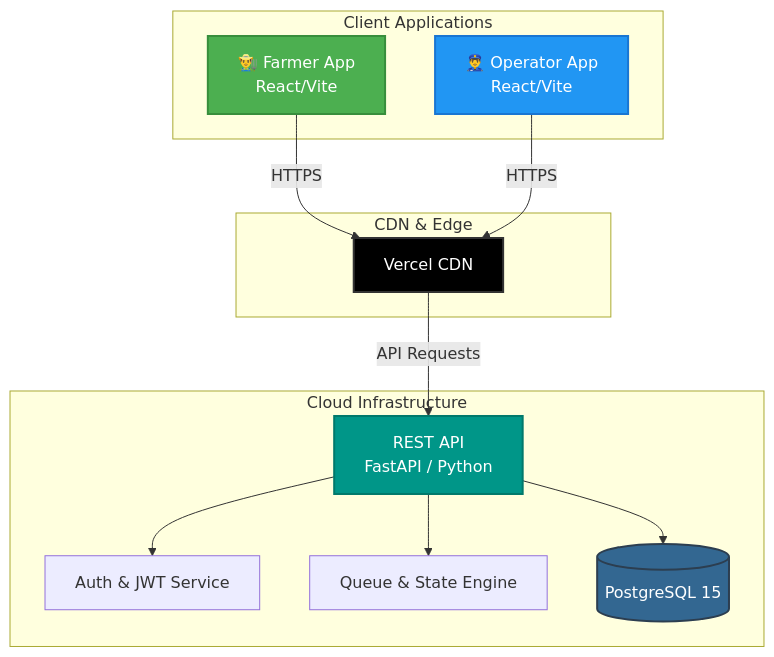
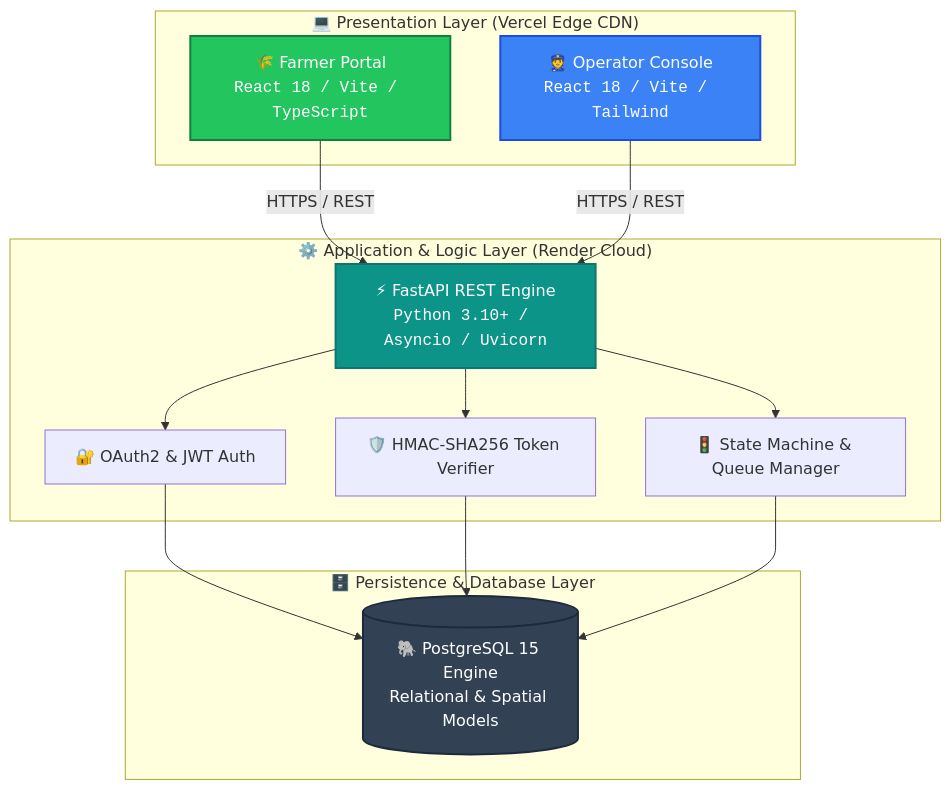
The second of 2 diagrams in README.md (mugazhvan/cold-cipher-proc), drawn with Mermaid before and after one commit. The commit also changed other lines of this file, not shown here.

````diff
--- a/README.md
+++ b/README.md
@@ -91,32 +183,30 @@
 ```mermaid
-graph TD;
-    subgraph Client Applications
-      F[👨‍🌾 Farmer App<br/>React/Vite]
-      O[👮‍♂️ Operator App<br/>React/Vite]
+graph TB
+    subgraph Clients[" 💻 Presentation Layer (Vercel Edge CDN) "]
+        FA["🌾 Farmer Portal<br/><code>React 18 / Vite / TypeScript</code>"]
+        MA["👮 Operator Console<br/><code>React 18 / Vite / Tailwind</code>"]
     end
 
-    subgraph CDN & Edge
-      V[Vercel CDN]
+    subgraph BackendServices[" ⚙️ Application & Logic Layer (Render Cloud) "]
+        API["⚡ FastAPI REST Engine<br/><code>Python 3.10+ / Asyncio / Uvicorn</code>"]
+        AUTH["🔐 OAuth2 & JWT Auth"]
+        SEC["🛡️ HMAC-SHA256 Token Verifier"]
+        QUEUE["🚦 State Machine & Queue Manager"]
     end
-    
-    subgraph Cloud Infrastructure
-      API[REST API<br/>FastAPI / Python]
-      AUTH[Auth & JWT Service]
-      Q[Queue & State Engine]
-      DB[(PostgreSQL 15)]
+
+    subgraph DataStorage[" 🗄️ Persistence & Database Layer "]
+        DB[("🐘 PostgreSQL 15 Engine<br/>Relational & Spatial Models")]
     end
-    
-    F -->|HTTPS| V
-    O -->|HTTPS| V
-    V -->|API Requests| API
-    
+
+    FA -->|"HTTPS / REST"| API
+    MA -->|"HTTPS / REST"| API
     API --> AUTH
-    API --> Q
-    API --> DB
-    
-    style F fill:#4CAF50,stroke:#388E3C,stroke-width:2px,color:#fff
-    style O fill:#2196F3,stroke:#1976D2,stroke-width:2px,color:#fff
-    style V fill:#000000,stroke:#333,stroke-width:2px,color:#fff
-    style API fill:#009688,stroke:#00796B,stroke-width:2px,color:#fff
-    style DB fill:#336791,stroke:#2C3E50,stroke-width:2px,color:#fff
+    API --> SEC
+    API --> QUEUE
+    AUTH & SEC & QUEUE --> DB
+
+    style FA fill:#22c55e,stroke:#15803d,stroke-width:2px,color:#ffffff
+    style MA fill:#3b82f6,stroke:#1d4ed8,stroke-width:2px,color:#ffffff
+    style API fill:#0d9488,stroke:#0f766e,stroke-width:2px,color:#ffffff
+    style DB fill:#334155,stroke:#1e293b,stroke-width:2px,color:#ffffff
 ```
````
